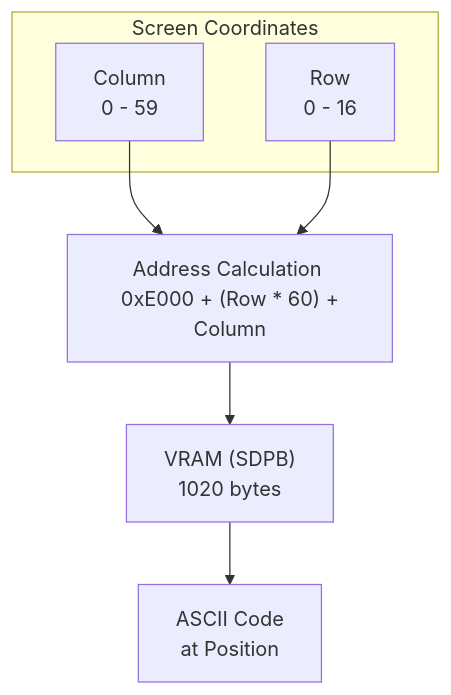
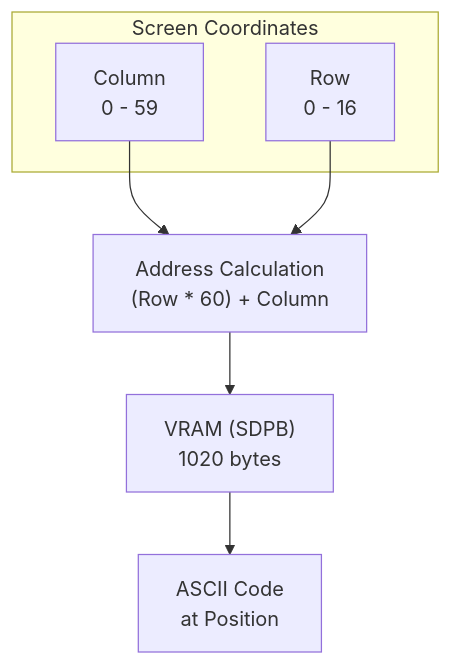
One commit to sokoide/tangnano_6502_cpu changed the second of 2 diagrams in day04_completed/README.md. Above: the diagram before and after it, drawn with Mermaid. The commit also changed other lines of this file and 151 other files, not shown here.

````diff
--- a/day04_completed/README.md
+++ b/day04_completed/README.md
@@ -80,11 +72,11 @@
 ```mermaid
 graph TD
     subgraph "Screen Coordinates"
         C["Column <br/> 0 - 59"]
         R["Row <br/> 0 - 16"]
     end
-    C --> CALC["Address Calculation <br/> 0xE000 + (Row * 60) + Column"]
+    C --> CALC["Address Calculation <br/> (Row * 60) + Column"]
     R --> CALC
     CALC --> VRAM["VRAM (SDPB) <br/> 1020 bytes"]
     VRAM --> OUT["ASCII Code <br/> at Position"]
 ```
````
